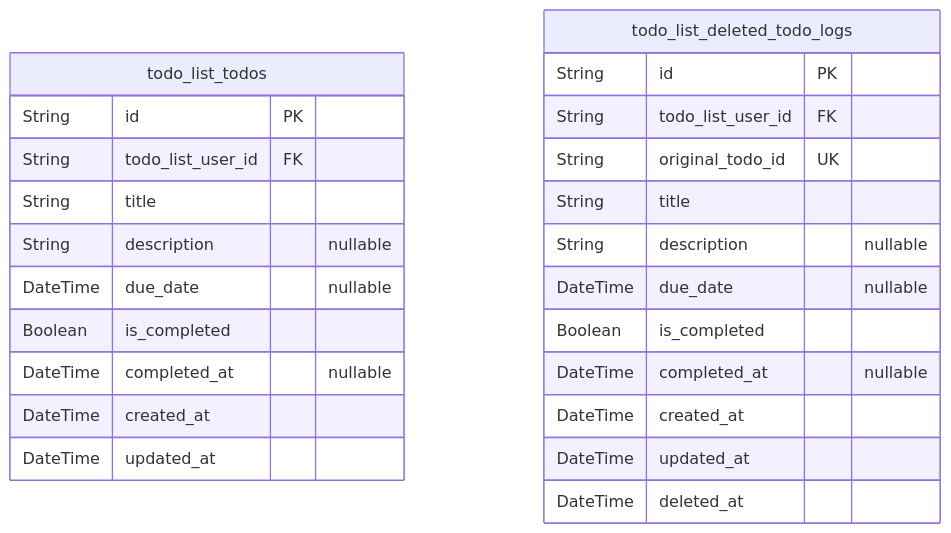
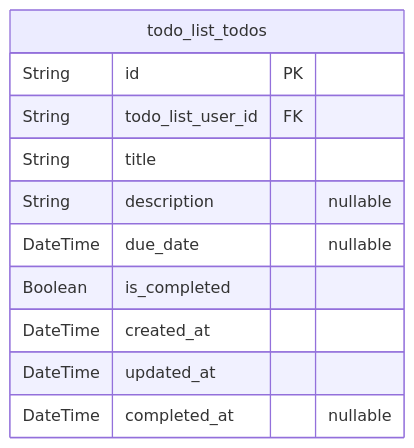
One commit to wrtnlabs/autobe-example-todo-openai-gpt-4.1 changed the second of 2 diagrams in docs/ERD.md. Above: the diagram before and after it, drawn with Mermaid. The commit also changed other lines of this file and 153 other files, not shown here.

````diff
--- a/docs/ERD.md
+++ b/docs/ERD.md
@@ -133,27 +75,14 @@
 ```mermaid
 erDiagram
 "todo_list_todos" {
   String id PK
   String todo_list_user_id FK
   String title
   String description "nullable"
   DateTime due_date "nullable"
   Boolean is_completed
-  DateTime completed_at "nullable"
   DateTime created_at
   DateTime updated_at
-}
-"todo_list_deleted_todo_logs" {
-  String id PK
-  String todo_list_user_id FK
-  String original_todo_id UK
-  String title
-  String description "nullable"
-  DateTime due_date "nullable"
-  Boolean is_completed
   DateTime completed_at "nullable"
-  DateTime created_at
-  DateTime updated_at
-  DateTime deleted_at
 }
 ```
````
